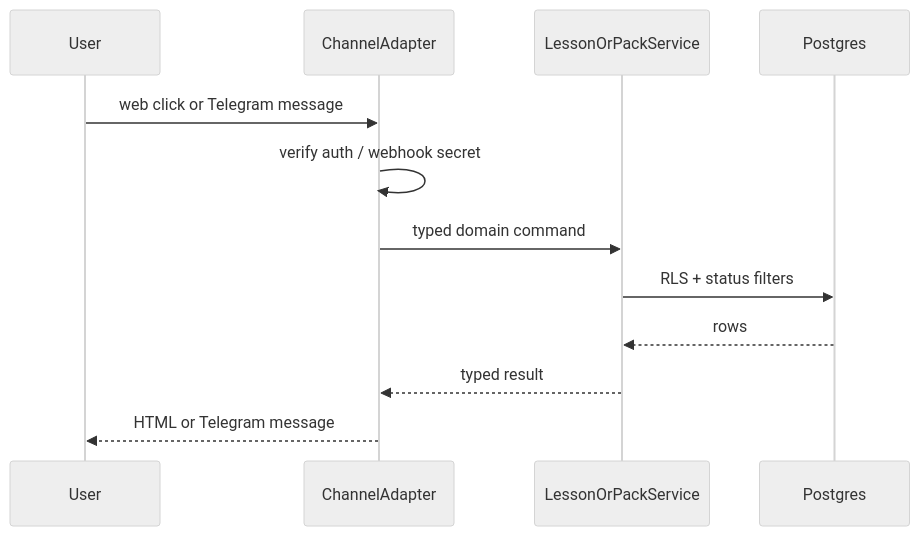
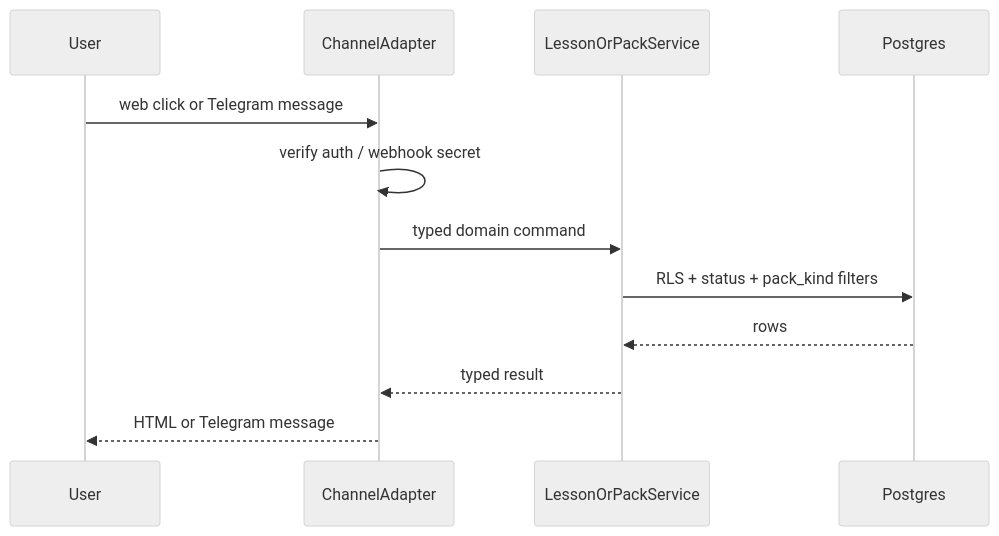
Before and after one commit to Axon-Enjin/pollux: the second of 2 diagrams in docs/rfc-pollux-channel-packs.md, drawn with Mermaid (neutral theme). The commit also changed other lines of this file and 49 other files, not shown here.

````diff
--- a/docs/rfc-pollux-channel-packs.md
+++ b/docs/rfc-pollux-channel-packs.md
@@ -52,14 +61,14 @@
 ```mermaid
 sequenceDiagram
     participant User
     participant Channel as ChannelAdapter
     participant Core as LessonOrPackService
     participant DB as Postgres
     User->>Channel: web click or Telegram message
     Channel->>Channel: verify auth / webhook secret
     Channel->>Core: typed domain command
-    Core->>DB: RLS + status filters
+    Core->>DB: RLS + status + pack_kind filters
     DB-->>Core: rows
     Core-->>Channel: typed result
     Channel-->>User: HTML or Telegram message
 ```
````
